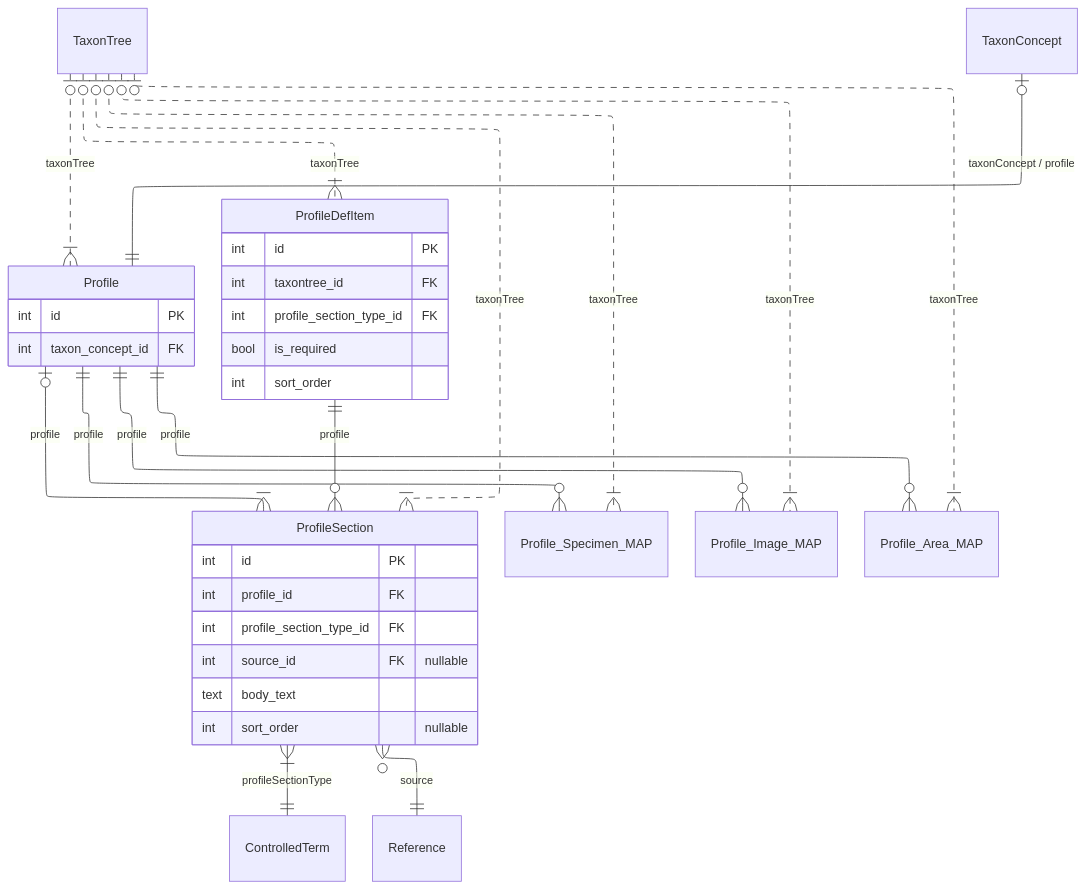
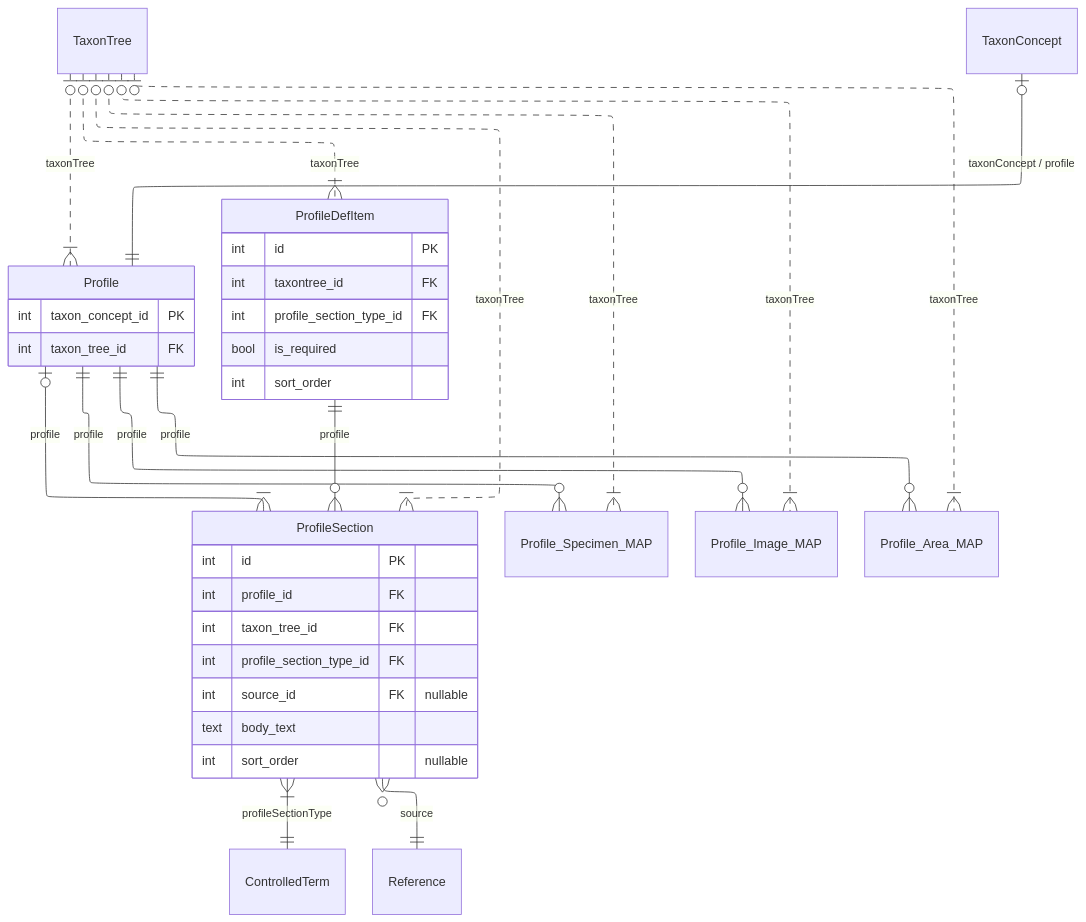
One commit to vicflora/vicflora-data-model-2026 changed the eighth of 19 diagrams in docs/layers.md. Above: the diagram before and after it, drawn with Mermaid. The commit also changed other lines of this file and 84 other files, not shown here.

````diff
--- a/docs/layers.md
+++ b/docs/layers.md
@@ -374,45 +377,46 @@
 ```mermaid
 ---
 config:
     layout: elk
 ---
 erDiagram
     TaxonTree |o..|{ Profile : "taxonTree"
     TaxonTree |o..|{ ProfileDefItem : "taxonTree"
     TaxonTree |o..|{ ProfileSection : "taxonTree"
     TaxonTree |o..|{ Profile_Specimen_MAP : "taxonTree"
     TaxonTree |o..|{ Profile_Image_MAP : "taxonTree"
     TaxonTree |o..|{ Profile_Area_MAP : "taxonTree"
 
     TaxonConcept |o--|| Profile : "taxonConcept / profile"
     Profile ||--o{ Profile_Area_MAP : "profile"
     Profile ||--o{ Profile_Image_MAP : "profile"
     Profile ||--o{ Profile_Specimen_MAP : "profile"
     ProfileDefItem ||--o{ ProfileSection : "profile"
     Profile |o--|{ ProfileSection : "profile"
     ProfileSection }|--|| ControlledTerm : "profileSectionType"
     ProfileSection }o--|| Reference : "source"
 
     Profile {
-        int id PK
-        int taxon_concept_id FK
+        int taxon_concept_id PK
+        int taxon_tree_id FK
     }
 
     ProfileDefItem {
         int id PK
         int taxontree_id FK
         int profile_section_type_id FK
         bool is_required
         int sort_order
 
     }
 
     ProfileSection {
         int id PK
         int profile_id FK
+        int taxon_tree_id FK
         int profile_section_type_id FK
         int source_id FK "nullable"
         text body_text
         int sort_order "nullable"
     }
 ```
````
